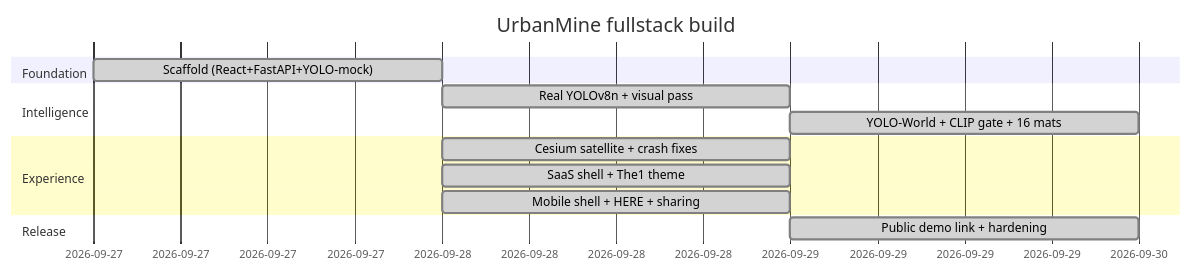
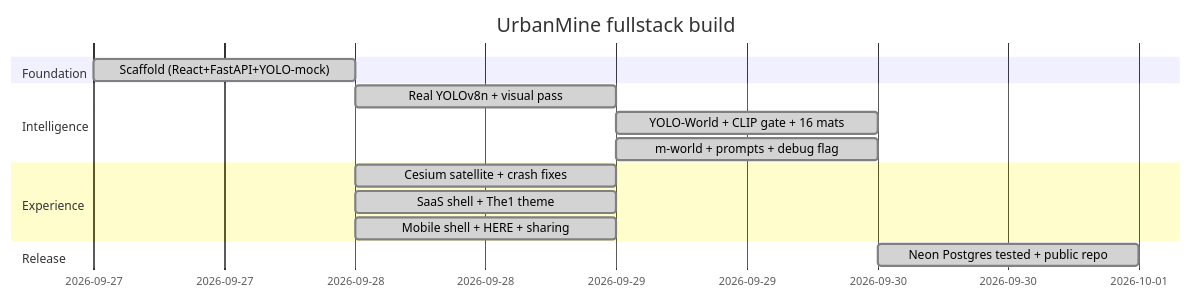
The diagram in PROJECT-FULLSTACK.md (Aayush-Ate/urbanmine), drawn with Mermaid before and after one commit. The commit also changed other lines of this file, not shown here.

Commit message:
Rewrite PROJECT-FULLSTACK: fresh counts, m-world pipeline, localhost-first runbook

````diff
--- a/PROJECT-FULLSTACK.md
+++ b/PROJECT-FULLSTACK.md
@@ -147,16 +151,17 @@
 ```mermaid
 gantt
     title UrbanMine fullstack build
     dateFormat YYYY-MM-DD
     section Foundation
     Scaffold (React+FastAPI+YOLO-mock) :done, 2026-09-27, 1d
     section Intelligence
     Real YOLOv8n + visual pass        :done, 2026-09-28, 1d
     YOLO-World + CLIP gate + 16 mats  :done, 2026-09-29, 1d
+    m-world + prompts + debug flag    :done, 2026-09-29, 1d
     section Experience
     Cesium satellite + crash fixes    :done, 2026-09-28, 1d
     SaaS shell + The1 theme           :done, 2026-09-28, 1d
     Mobile shell + HERE + sharing     :done, 2026-09-28, 1d
     section Release
-    Public demo link + hardening      :done, 2026-09-29, 1d
+    Neon Postgres tested + public repo :done, 2026-09-30, 1d
 ```
````
